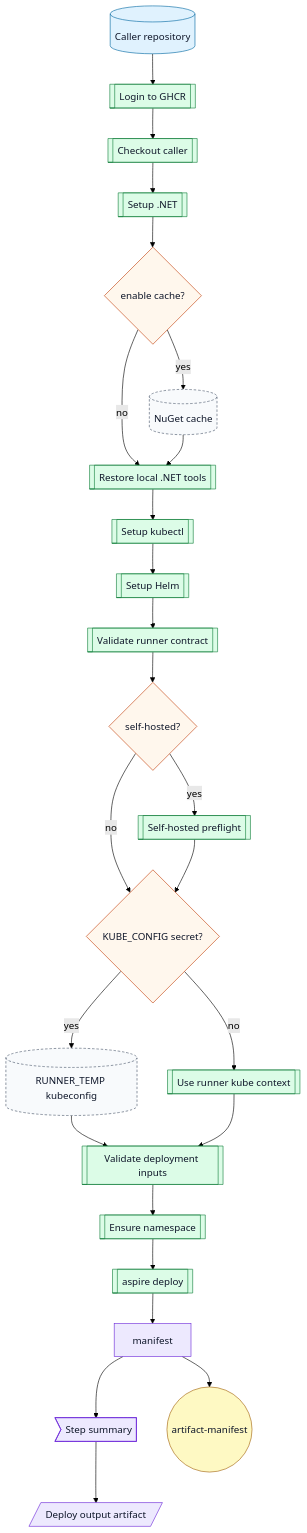
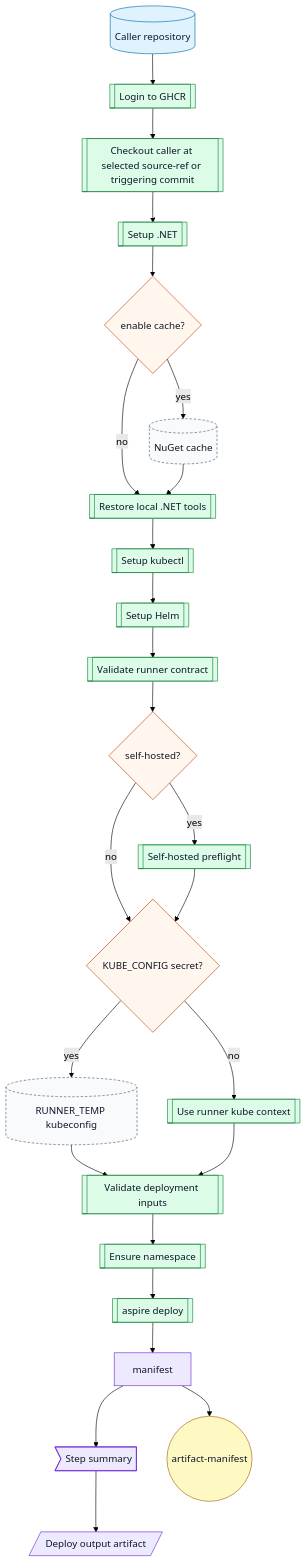
Before and after one commit to ArkanisCorporation/ci: diagram 16 of 17 in docs/workflow-catalog.md, drawn with Mermaid (forest theme). The commit also changed other lines of this file and 7 other files, not shown here.

Commit message:
feat(deploy): allow selecting the deployment source ref

````diff
--- a/docs/workflow-catalog.md
+++ b/docs/workflow-catalog.md
@@ -1827,39 +1835,39 @@
 ```mermaid
 flowchart TD
   caller[("Caller repository")] --> login[[Login to GHCR]]
-  login --> checkout[[Checkout caller]]
+  login --> checkout[[Checkout caller at selected source-ref or triggering commit]]
   checkout --> dotnet[[Setup .NET]]
   dotnet --> cache{enable cache?}
   cache -->|yes| nugetCache[("NuGet cache")]
   cache -->|no| tools[[Restore local .NET tools]]
   nugetCache --> tools
   tools --> kubectl[[Setup kubectl]]
   kubectl --> helm[[Setup Helm]]
   helm --> validate[[Validate runner contract]]
   validate --> preflight{self-hosted?}
   preflight -->|yes| sh[[Self-hosted preflight]]
   preflight -->|no| kube{KUBE_CONFIG secret?}
   sh --> kube
   kube -->|yes| tempKube[("RUNNER_TEMP kubeconfig")]
   kube -->|no| context[[Use runner kube context]]
   tempKube --> inputs[[Validate deployment inputs]]
   context --> inputs
   inputs --> namespace[[Ensure namespace]]
   namespace --> aspire[[aspire deploy]]
   aspire --> manifest
   manifest --> summary>Step summary]
   summary --> deployArtifact[/Deploy output artifact/]
   manifest --> outputs(("artifact-manifest"))
   classDef repo fill:#e0f2fe,stroke:#0369a1,color:#0f172a
   classDef action fill:#dcfce7,stroke:#15803d,color:#0f172a
   classDef decision fill:#fff7ed,stroke:#c2410c,color:#0f172a
   classDef artifact fill:#ede9fe,stroke:#6d28d9,color:#0f172a
   classDef output fill:#fef9c3,stroke:#a16207,color:#0f172a
   classDef external fill:#f8fafc,stroke:#475569,stroke-dasharray: 4 3,color:#0f172a
   class caller repo
   class login,checkout,dotnet,tools,kubectl,helm,validate,sh,context,inputs,namespace,aspire action
   class cache,preflight,kube decision
   class manifest,summary,deployArtifact artifact
   class outputs output
   class nugetCache,tempKube external
 ```
````
